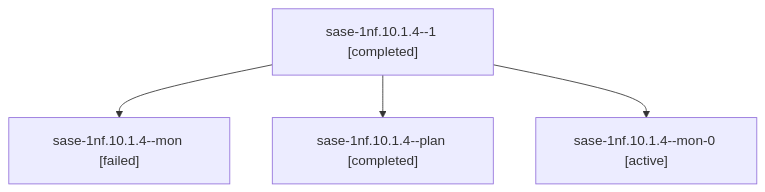
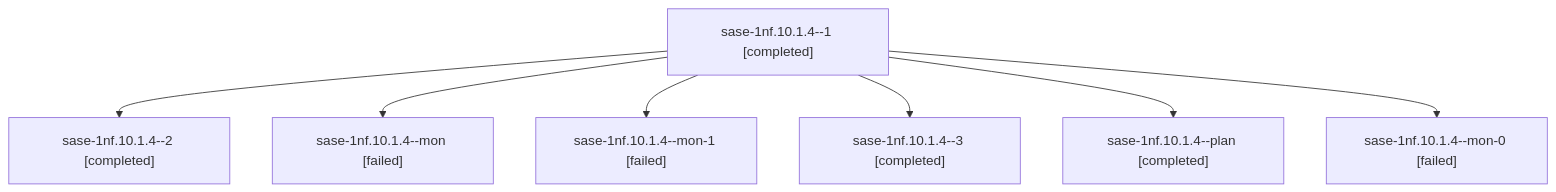
The diagram in sessions/bbugyi200.athena.sase-1nf.10.1.4.md (sase-org/sase--agents), drawn with Mermaid before and after one commit. The commit also changed other lines of this file and 102 other files, not shown here.

````diff
--- a/sessions/bbugyi200.athena.sase-1nf.10.1.4.md
+++ b/sessions/bbugyi200.athena.sase-1nf.10.1.4.md
@@ -9,10 +9,16 @@
 ```mermaid
 flowchart TD
   n0["sase-1nf.10.1.4--1 [completed]"]
-  n1["sase-1nf.10.1.4--mon [failed]"]
+  n1["sase-1nf.10.1.4--2 [completed]"]
   n0 --> n1
-  n2["sase-1nf.10.1.4--plan [completed]"]
+  n2["sase-1nf.10.1.4--mon [failed]"]
   n0 --> n2
-  n3["sase-1nf.10.1.4--mon-0 [active]"]
+  n3["sase-1nf.10.1.4--mon-1 [failed]"]
   n0 --> n3
+  n4["sase-1nf.10.1.4--3 [completed]"]
+  n0 --> n4
+  n5["sase-1nf.10.1.4--plan [completed]"]
+  n0 --> n5
+  n6["sase-1nf.10.1.4--mon-0 [failed]"]
+  n0 --> n6
 ```
````
